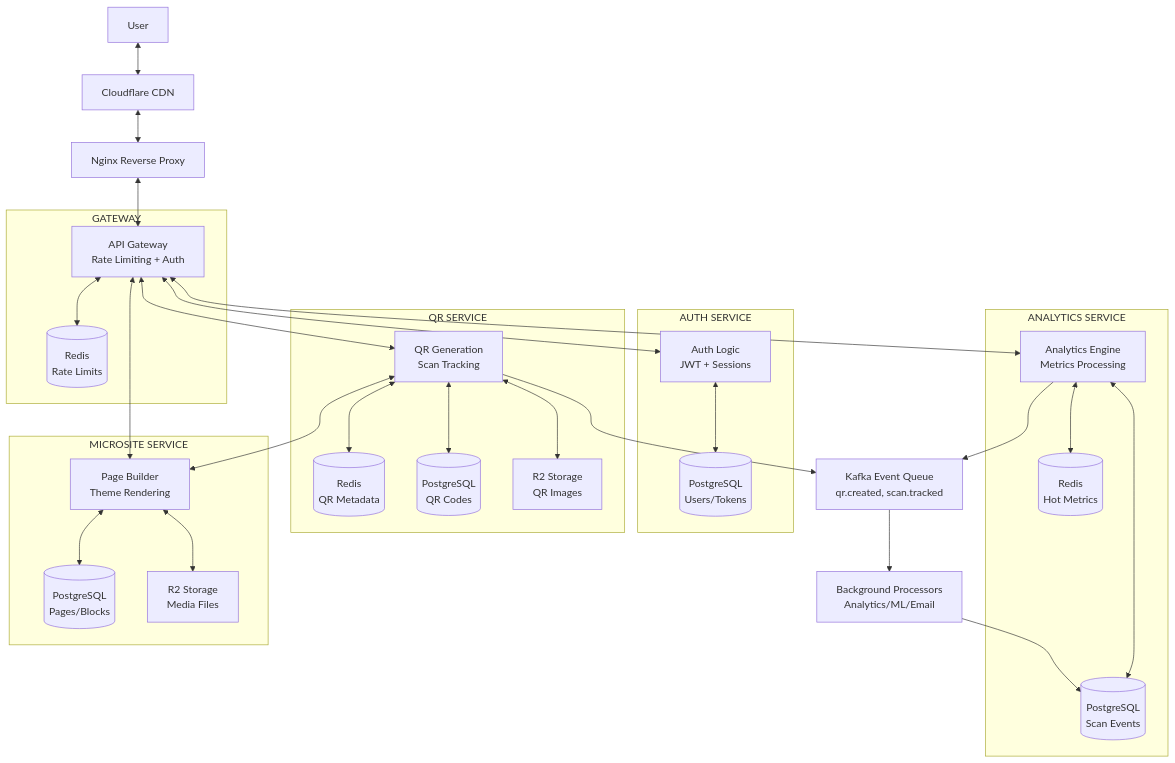
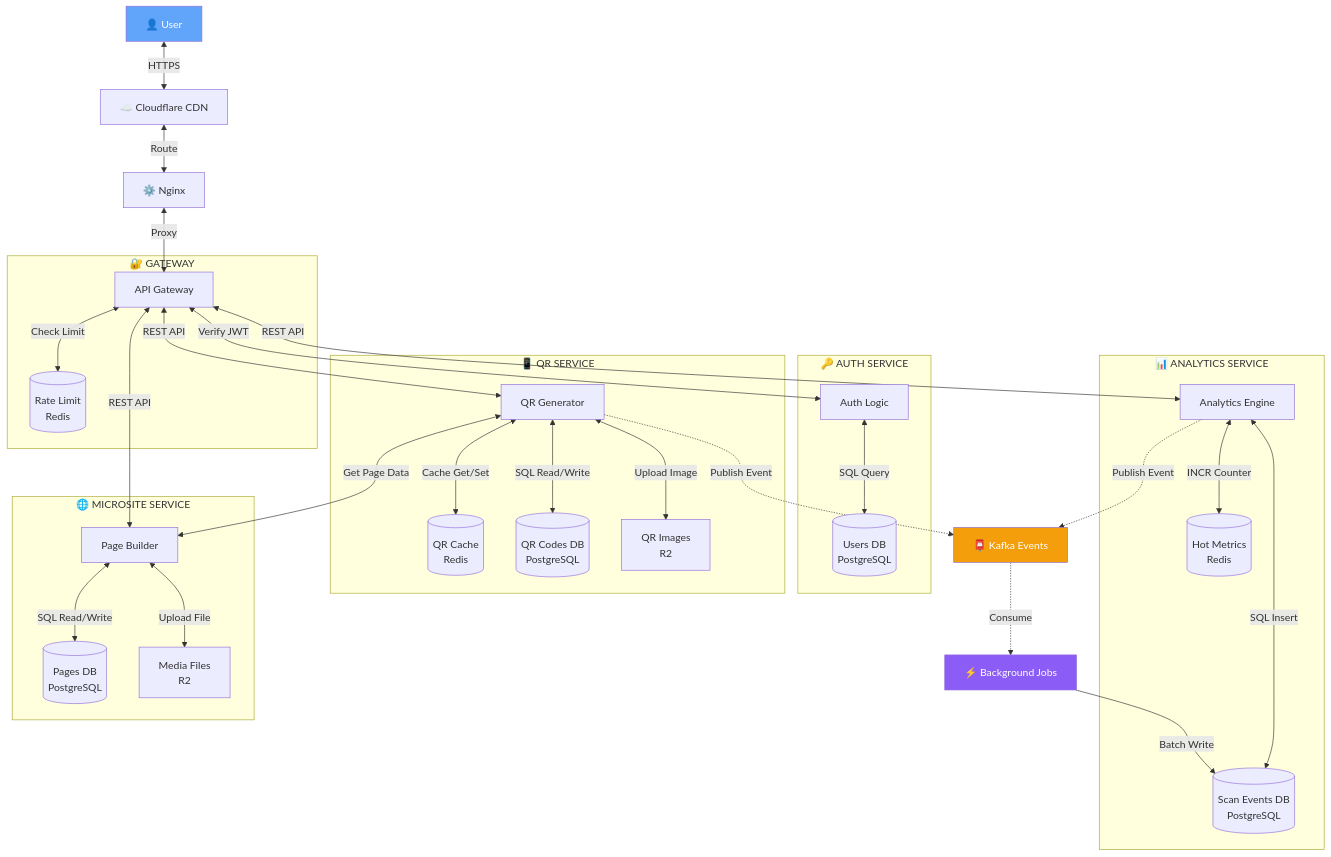
One commit to Scanly-io/qr-backend changed the first of 2 diagrams in README.md. Above: the diagram before and after it, drawn with Mermaid. The commit also changed other lines of this file, not shown here.

Commit message:
Add labeled arrows, legend, and emojis to architecture diagram for clarity

````diff
--- a/README.md
+++ b/README.md
@@ -222,66 +222,70 @@
 ```mermaid
 flowchart TB
-    User[User]
-    CDN[Cloudflare CDN]
-    Nginx[Nginx Reverse Proxy]
+    User[👤 User]
+    CDN[☁️ Cloudflare CDN]
+    Nginx[⚙️ Nginx]
     
-    subgraph gateway[" GATEWAY "]
-        Gateway[API Gateway<br/>Rate Limiting + Auth]
-        RateLimitRedis[(Redis<br/>Rate Limits)]
+    subgraph gateway[" 🔐 GATEWAY "]
+        Gateway[API Gateway]
+        RateLimitRedis[(Rate Limit<br/>Redis)]
     end
     
-    subgraph auth[" AUTH SERVICE "]
-        AuthService[Auth Logic<br/>JWT + Sessions]
-        AuthDB[(PostgreSQL<br/>Users/Tokens)]
+    subgraph auth[" 🔑 AUTH SERVICE "]
+        AuthService[Auth Logic]
+        AuthDB[(Users DB<br/>PostgreSQL)]
     end
     
-    subgraph qr[" QR SERVICE "]
-        QRService[QR Generation<br/>Scan Tracking]
-        QRCache[(Redis<br/>QR Metadata)]
-        QRDB[(PostgreSQL<br/>QR Codes)]
-        QRStorage[R2 Storage<br/>QR Images]
+    subgraph qr[" 📱 QR SERVICE "]
+        QRService[QR Generator]
+        QRCache[(QR Cache<br/>Redis)]
+        QRDB[(QR Codes DB<br/>PostgreSQL)]
+        QRStorage[QR Images<br/>R2]
     end
     
-    subgraph analytics[" ANALYTICS SERVICE "]
-        AnalyticsService[Analytics Engine<br/>Metrics Processing]
-        AnalyticsCache[(Redis<br/>Hot Metrics)]
-        AnalyticsDB[(PostgreSQL<br/>Scan Events)]
+    subgraph analytics[" 📊 ANALYTICS SERVICE "]
+        AnalyticsService[Analytics Engine]
+        AnalyticsCache[(Hot Metrics<br/>Redis)]
+        AnalyticsDB[(Scan Events DB<br/>PostgreSQL)]
     end
     
-    subgraph microsite[" MICROSITE SERVICE "]
-        MicrositeService[Page Builder<br/>Theme Rendering]
-        MicrositeDB[(PostgreSQL<br/>Pages/Blocks)]
-        MicrositeStorage[R2 Storage<br/>Media Files]
+    subgraph microsite[" 🌐 MICROSITE SERVICE "]
+        MicrositeService[Page Builder]
+        MicrositeDB[(Pages DB<br/>PostgreSQL)]
+        MicrositeStorage[Media Files<br/>R2]
     end
     
-    Kafka[Kafka Event Queue<br/>qr.created, scan.tracked]
-    Consumers[Background Processors<br/>Analytics/ML/Email]
+    Kafka[📮 Kafka Events]
+    Consumers[⚡ Background Jobs]
     
-    User <--> CDN
-    CDN <--> Nginx
-    Nginx <--> Gateway
-    Gateway <--> RateLimitRedis
+    User <-->|HTTPS| CDN
+    CDN <-->|Route| Nginx
+    Nginx <-->|Proxy| Gateway
+    Gateway <-->|Check Limit| RateLimitRedis
     
-    Gateway <--> AuthService
-    AuthService <--> AuthDB
+    Gateway <-->|Verify JWT| AuthService
+    AuthService <-->|SQL Query| AuthDB
     
-    Gateway <--> QRService
-    QRService <--> QRCache
-    QRService <--> QRDB
-    QRService <--> QRStorage
-    QRService --> Kafka
+    Gateway <-->|REST API| QRService
+    QRService <-->|Cache Get/Set| QRCache
+    QRService <-->|SQL Read/Write| QRDB
+    QRService <-->|Upload Image| QRStorage
+    QRService -.->|Publish Event| Kafka
     
-    Gateway <--> AnalyticsService
-    AnalyticsService <--> AnalyticsCache
-    AnalyticsService <--> AnalyticsDB
-    AnalyticsService --> Kafka
+    Gateway <-->|REST API| AnalyticsService
+    AnalyticsService <-->|INCR Counter| AnalyticsCache
+    AnalyticsService <-->|SQL Insert| AnalyticsDB
+    AnalyticsService -.->|Publish Event| Kafka
     
-    Gateway <--> MicrositeService
-    MicrositeService <--> MicrositeDB
-    MicrositeService <--> MicrositeStorage
+    Gateway <-->|REST API| MicrositeService
+    MicrositeService <-->|SQL Read/Write| MicrositeDB
+    MicrositeService <-->|Upload File| MicrositeStorage
     
-    QRService <--> MicrositeService
+    QRService <-->|Get Page Data| MicrositeService
     
-    Kafka --> Consumers
-    Consumers --> AnalyticsDB
+    Kafka -.->|Consume| Consumers
+    Consumers -->|Batch Write| AnalyticsDB
+    
+    style User fill:#60a5fa,color:#fff
+    style Kafka fill:#f59e0b,color:#fff
+    style Consumers fill:#8b5cf6,color:#fff
 ```
````
